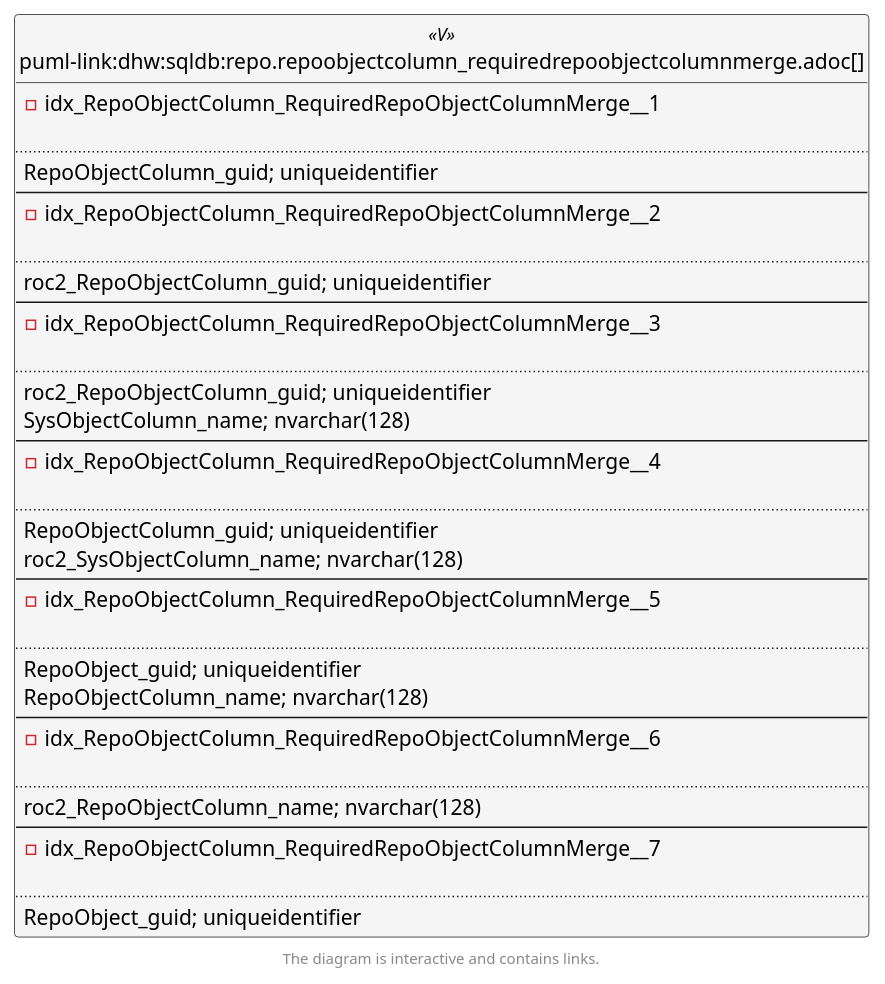
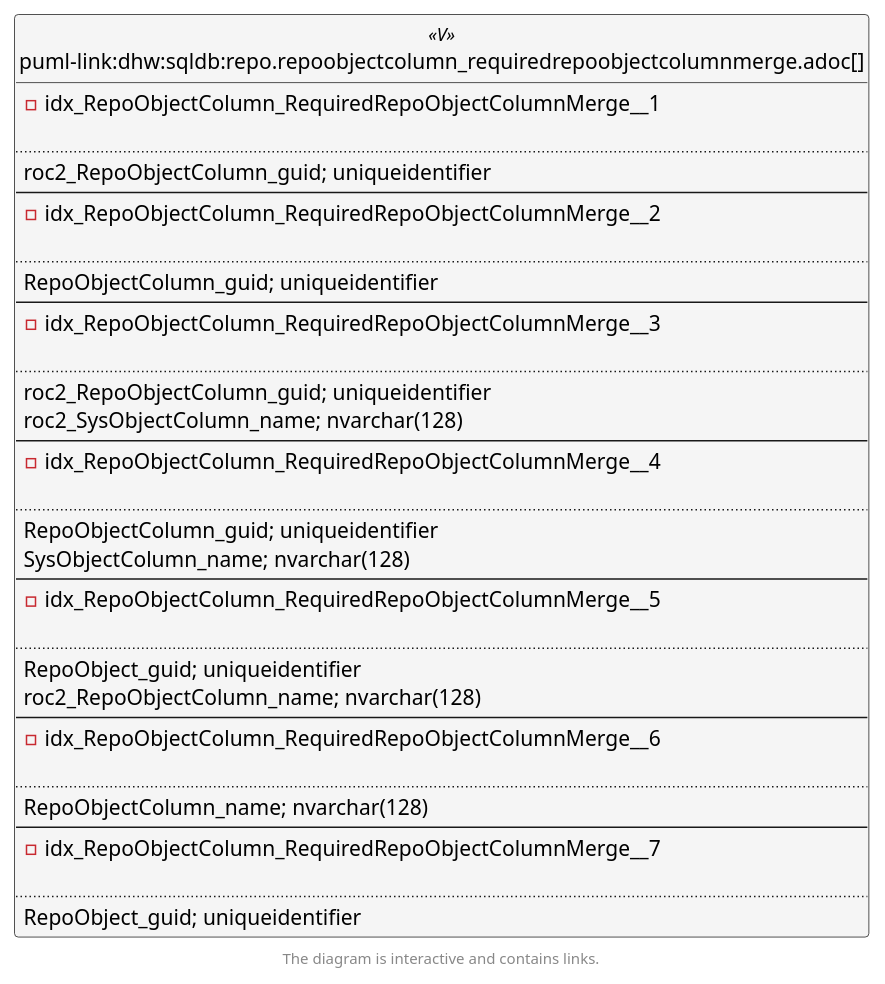
One commit to DataHandwerk/dhw-antora-sqldb changed the second of 6 diagrams in docs/modules/sqldb/partials/content/repo.repoobjectcolumn_requiredrepoobjectcolumnmerge.adoc. Above: the diagram before and after it, drawn with PlantUML. The commit also changed other lines of this file and 701 other files, not shown here.

```diff
--- a/docs/modules/sqldb/partials/content/repo.repoobjectcolumn_requiredrepoobjectcolumnmerge.adoc
+++ b/docs/modules/sqldb/partials/content/repo.repoobjectcolumn_requiredrepoobjectcolumnmerge.adoc
@@ -848,76 +848,76 @@
 [plantuml, entity_1_1_fk-{docname}, svg, subs=macros]
 ....
 @startuml
 left to right direction
 'top to bottom direction
 hide circle
 'avoide "." issues:
 set namespaceSeparator none
 
 
 skinparam class {
   BackgroundColor White
   BackgroundColor<<FN>> Yellow
   BackgroundColor<<FS>> Yellow
   BackgroundColor<<FT>> LightGray
   BackgroundColor<<IF>> Yellow
   BackgroundColor<<IS>> Yellow
   BackgroundColor<<P>>  Aqua
   BackgroundColor<<PC>> Aqua
   BackgroundColor<<SN>> Yellow
   BackgroundColor<<SO>> SlateBlue
   BackgroundColor<<TF>> LightGray
   BackgroundColor<<TR>> Tomato
   BackgroundColor<<U>>  White
   BackgroundColor<<V>>  WhiteSmoke
   BackgroundColor<<X>>  Aqua
   BackgroundColor<<external>> AliceBlue
 }
 
 
 entity "puml-link:dhw:sqldb:repo.repoobjectcolumn_requiredrepoobjectcolumnmerge.adoc[]" as repo.RepoObjectColumn_RequiredRepoObjectColumnMerge << V >> {
 - idx_RepoObjectColumn_RequiredRepoObjectColumnMerge__1
 
 ..
-RepoObjectColumn_guid; uniqueidentifier
+roc2_RepoObjectColumn_guid; uniqueidentifier
 --
 - idx_RepoObjectColumn_RequiredRepoObjectColumnMerge__2
 
 ..
-roc2_RepoObjectColumn_guid; uniqueidentifier
+RepoObjectColumn_guid; uniqueidentifier
 --
 - idx_RepoObjectColumn_RequiredRepoObjectColumnMerge__3
 
 ..
 roc2_RepoObjectColumn_guid; uniqueidentifier
-SysObjectColumn_name; nvarchar(128)
+roc2_SysObjectColumn_name; nvarchar(128)
 --
 - idx_RepoObjectColumn_RequiredRepoObjectColumnMerge__4
 
 ..
 RepoObjectColumn_guid; uniqueidentifier
-roc2_SysObjectColumn_name; nvarchar(128)
+SysObjectColumn_name; nvarchar(128)
 --
 - idx_RepoObjectColumn_RequiredRepoObjectColumnMerge__5
 
 ..
 RepoObject_guid; uniqueidentifier
-RepoObjectColumn_name; nvarchar(128)
+roc2_RepoObjectColumn_name; nvarchar(128)
 --
 - idx_RepoObjectColumn_RequiredRepoObjectColumnMerge__6
 
 ..
-roc2_RepoObjectColumn_name; nvarchar(128)
+RepoObjectColumn_name; nvarchar(128)
 --
 - idx_RepoObjectColumn_RequiredRepoObjectColumnMerge__7
 
 ..
 RepoObject_guid; uniqueidentifier
 }
 
 
 
 footer The diagram is interactive and contains links.
 
 @enduml
 ....
```
